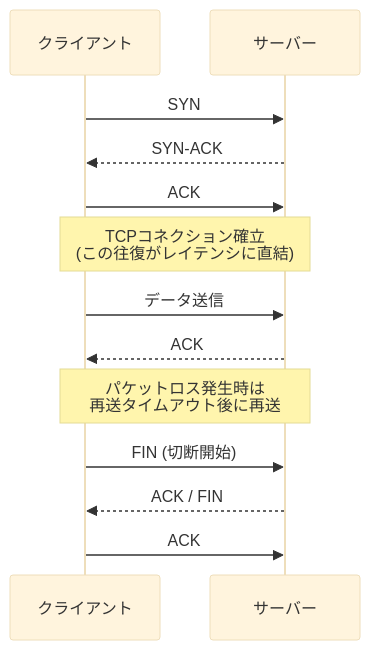
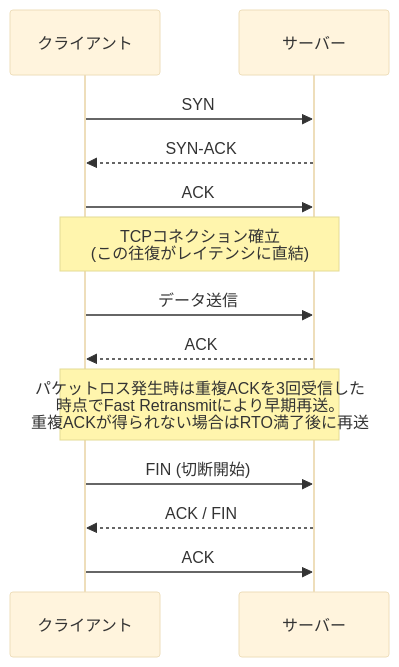
One commit to myoshi2891/Cloud-Infrastructure-Studies changed diagram 12 of 18 in Systems-performance-guide.md. Above: the diagram before and after it, drawn with Mermaid (base theme). The commit also changed other lines of this file, not shown here.

````diff
--- a/Systems-performance-guide.md
+++ b/Systems-performance-guide.md
@@ -399,16 +415,16 @@
 ```mermaid
 sequenceDiagram
     participant C as クライアント
     participant S as サーバー
 
     C->>S: SYN
     S-->>C: SYN-ACK
     C->>S: ACK
     Note over C,S: TCPコネクション確立<br/>(この往復がレイテンシに直結)
     C->>S: データ送信
     S-->>C: ACK
-    Note over C,S: パケットロス発生時は<br/>再送タイムアウト後に再送
+    Note over C,S: パケットロス発生時は重複ACKを3回受信した<br/>時点でFast Retransmitにより早期再送。<br/>重複ACKが得られない場合はRTO満了後に再送
     C->>S: FIN (切断開始)
     S-->>C: ACK / FIN
     C->>S: ACK
 ```
````
